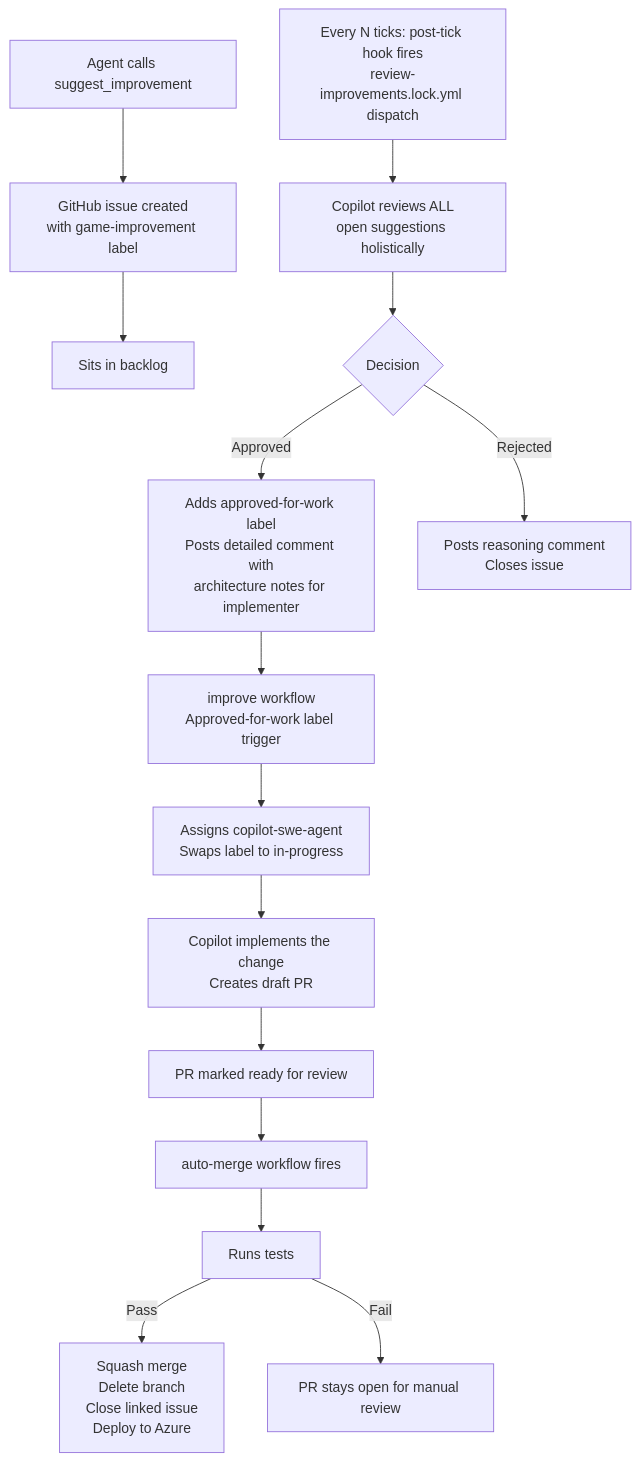
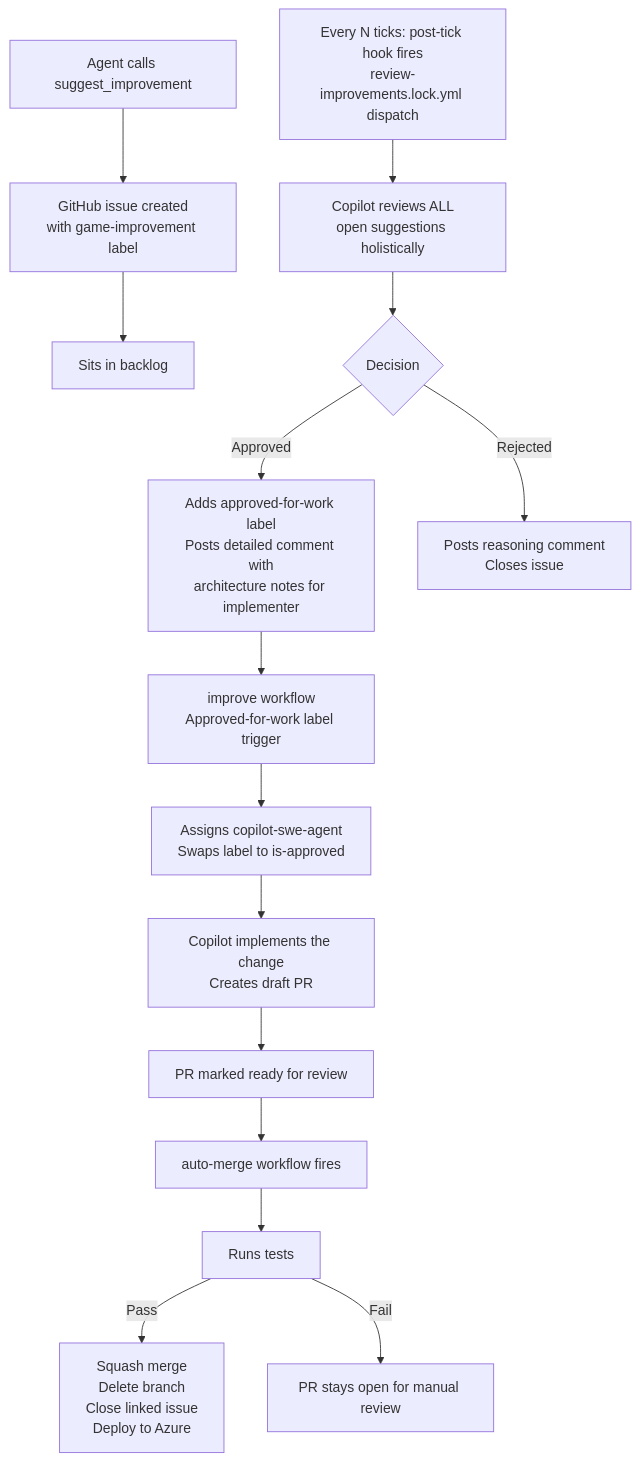
One commit to adamd9/sandcastle-game changed the second of 3 diagrams in README.md. Above: the diagram before and after it, drawn with Mermaid. The commit also changed 3 other files, not shown here.

First line of the commit message:
Update approved label to is-approved

````diff
--- a/README.md
+++ b/README.md
@@ -102,19 +102,19 @@
 ```mermaid
 flowchart TD
     A[Agent calls suggest_improvement] --> B[GitHub issue created\nwith game-improvement label]
     B --> C[Sits in backlog]
 
     D[Every N ticks: post-tick hook fires\nreview-improvements.lock.yml dispatch] --> E[Copilot reviews ALL\nopen suggestions holistically]
     E --> F{Decision}
     F -->|Approved| G[Adds approved-for-work label\nPosts detailed comment with\narchitecture notes for implementer]
     F -->|Rejected| H[Posts reasoning comment\nCloses issue]
 
     G --> I[improve workflow\nApproved-for-work label trigger]
-    I --> J[Assigns copilot-swe-agent\nSwaps label to in-progress]
+    I --> J[Assigns copilot-swe-agent\nSwaps label to is-approved]
     J --> K[Copilot implements the change\nCreates draft PR]
     K --> L[PR marked ready for review]
     L --> M[auto-merge workflow fires]
     M --> N[Runs tests]
     N -->|Pass| O[Squash merge\nDelete branch\nClose linked issue\nDeploy to Azure]
     N -->|Fail| P[PR stays open for manual review]
 ```
````
